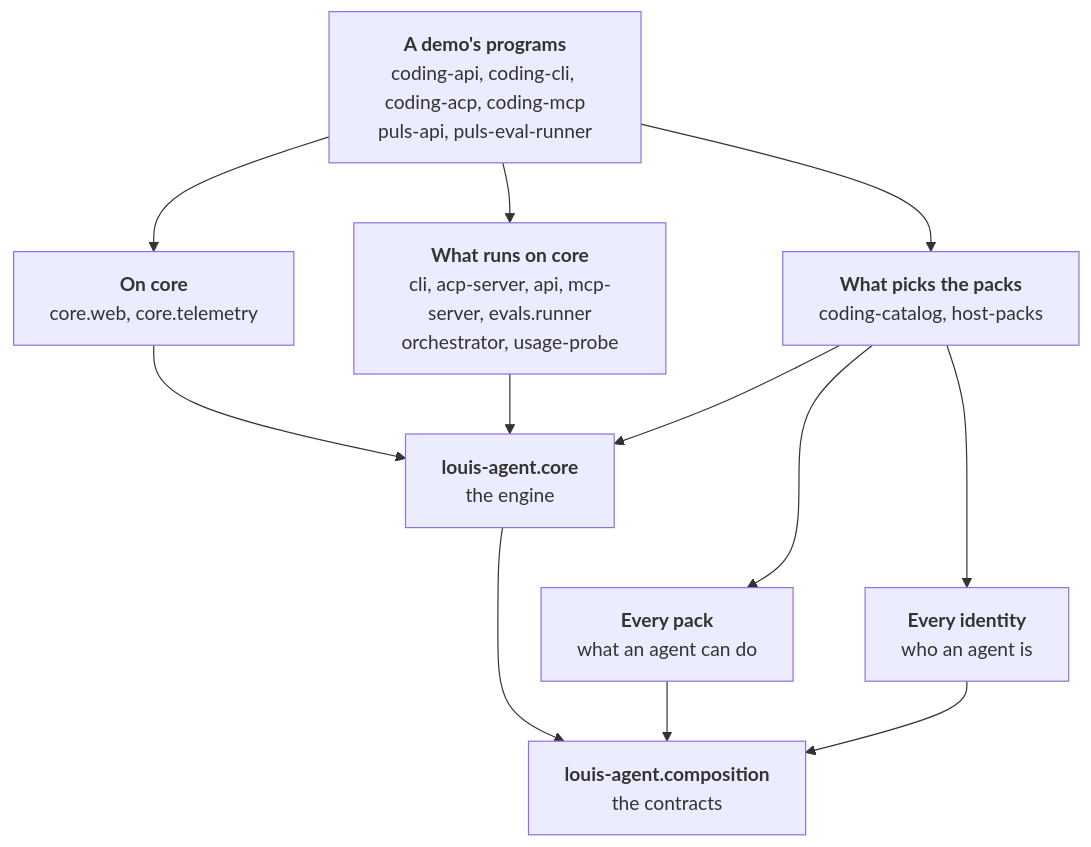
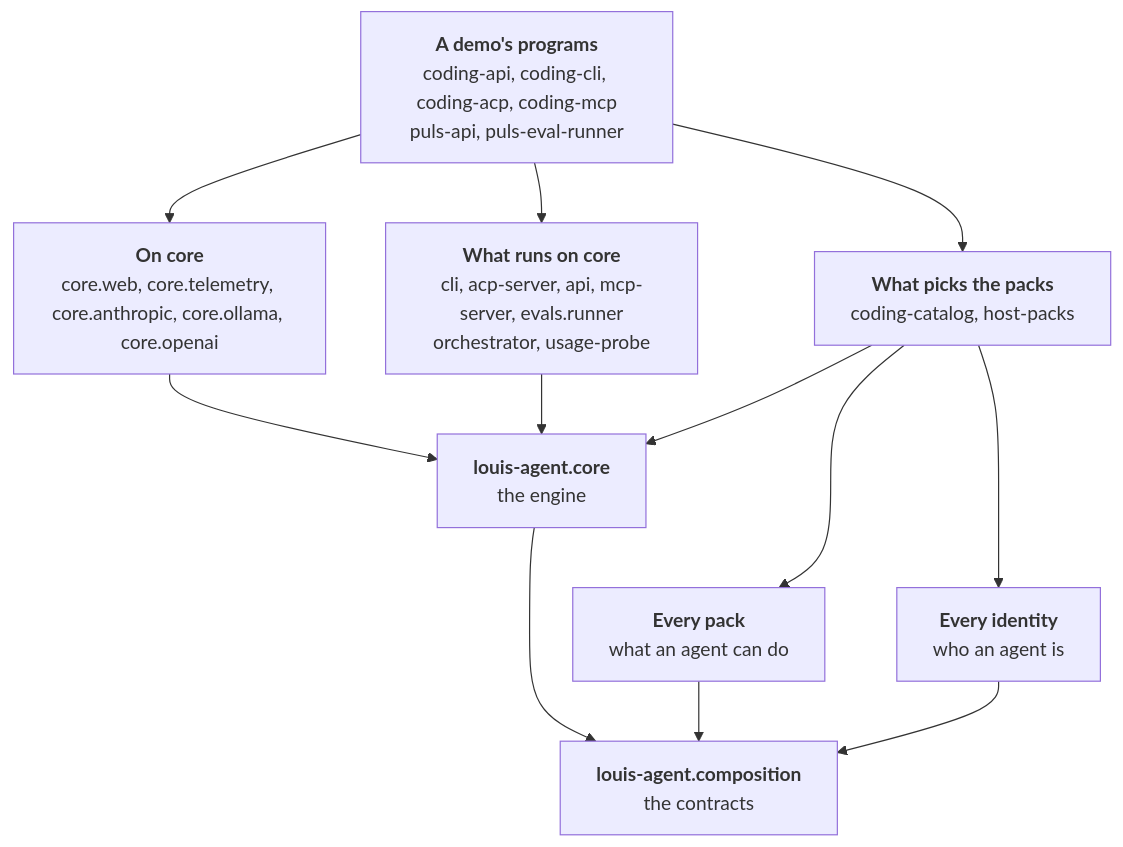
Before and after one commit to bosbevk/louis-agent: the first of 2 diagrams in src/docs/projects/README.md, drawn with Mermaid. The commit also changed other lines of this file and 76 other files, not shown here.

````diff
--- a/src/docs/projects/README.md
+++ b/src/docs/projects/README.md
@@ -52,25 +55,25 @@
 ```mermaid
 flowchart TD
     Programs["<b>A demo's programs</b><br/>coding-api, coding-cli, coding-acp, coding-mcp<br/>puls-api, puls-eval-runner"]
     Hosts["<b>What runs on core</b><br/>cli, acp-server, api, mcp-server, evals.runner<br/>orchestrator, usage-probe"]
     Catalogs["<b>What picks the packs</b><br/>coding-catalog, host-packs"]
     Core["<b>louis-agent.core</b><br/>the engine"]
-    OnCore["<b>On core</b><br/>core.web, core.telemetry"]
+    OnCore["<b>On core</b><br/>core.web, core.telemetry, core.anthropic, core.ollama, core.openai"]
     Ids["<b>Every identity</b><br/>who an agent is"]
     Packs["<b>Every pack</b><br/>what an agent can do"]
     Comp["<b>louis-agent.composition</b><br/>the contracts"]
 
     Programs --> Hosts
     Programs --> OnCore
     OnCore --> Core
     Programs --> Catalogs
     Hosts --> Core
     Catalogs --> Core
     Core ~~~ Packs
     Core ~~~ Ids
     Catalogs --> Packs
     Catalogs --> Ids
     Core --> Comp
     Packs --> Comp
     Ids --> Comp
 ```
````
